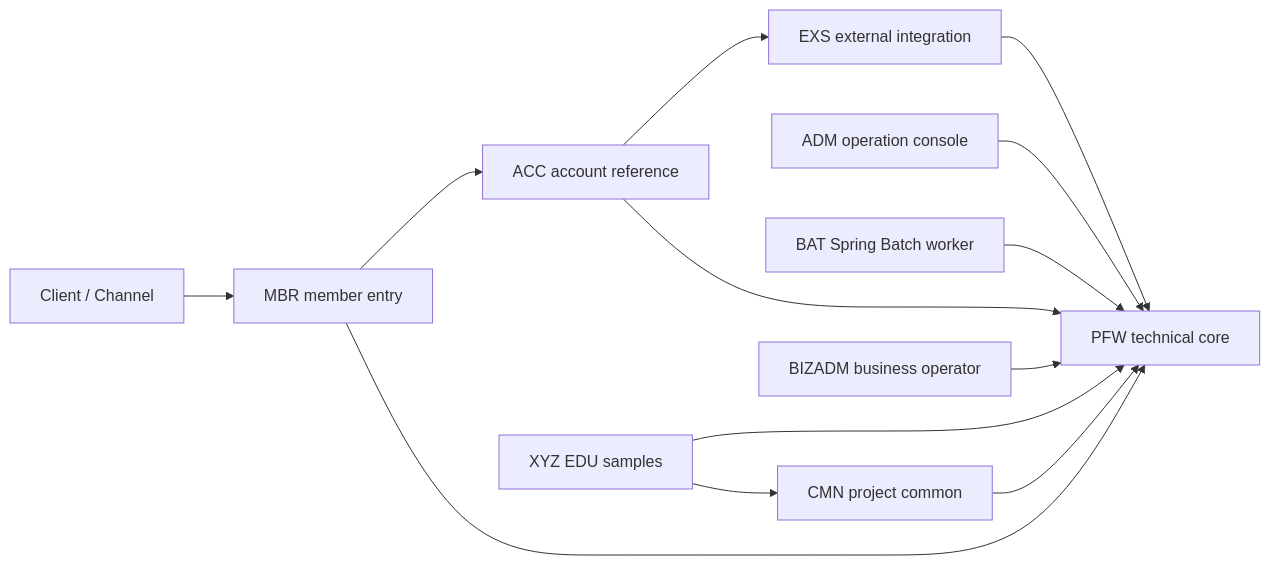
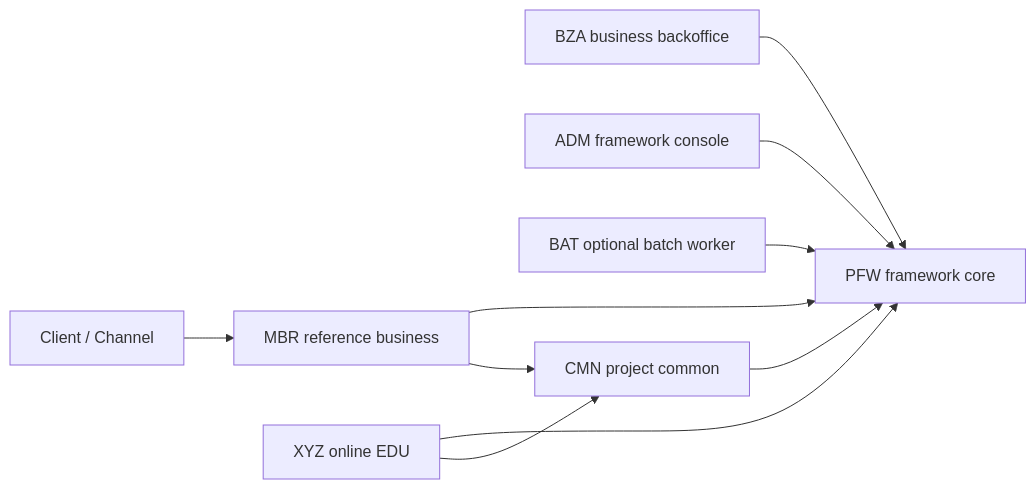
The diagram in README.md (freeangelsun/202412_01_CPF), drawn with Mermaid before and after one commit. The commit also changed other lines of this file and 430 other files, not shown here.

````diff
--- a/README.md
+++ b/README.md
@@ -25,15 +9,12 @@
 ```mermaid
 flowchart LR
-    Client[Client / Channel] --> MBR[MBR member entry]
-    MBR --> ACC[ACC account reference]
-    ACC --> EXS[EXS external integration]
-    ADM[ADM operation console] --> PFW[PFW technical core]
-    BAT[BAT Spring Batch worker] --> PFW
-    XYZ[XYZ EDU samples] --> PFW
+    Client[Client / Channel] --> MBR[MBR reference business]
+    MBR --> PFW[PFW framework core]
+    BZA[BZA business backoffice] --> PFW
+    ADM[ADM framework console] --> PFW
+    XYZ[XYZ online EDU] --> PFW
+    BAT[BAT optional batch worker] --> PFW
     XYZ --> CMN[CMN project common]
-    MBR --> PFW
-    ACC --> PFW
-    EXS --> PFW
-    BIZADM[BIZADM business operator] --> PFW
+    MBR --> CMN
     CMN --> PFW
 ```
````
